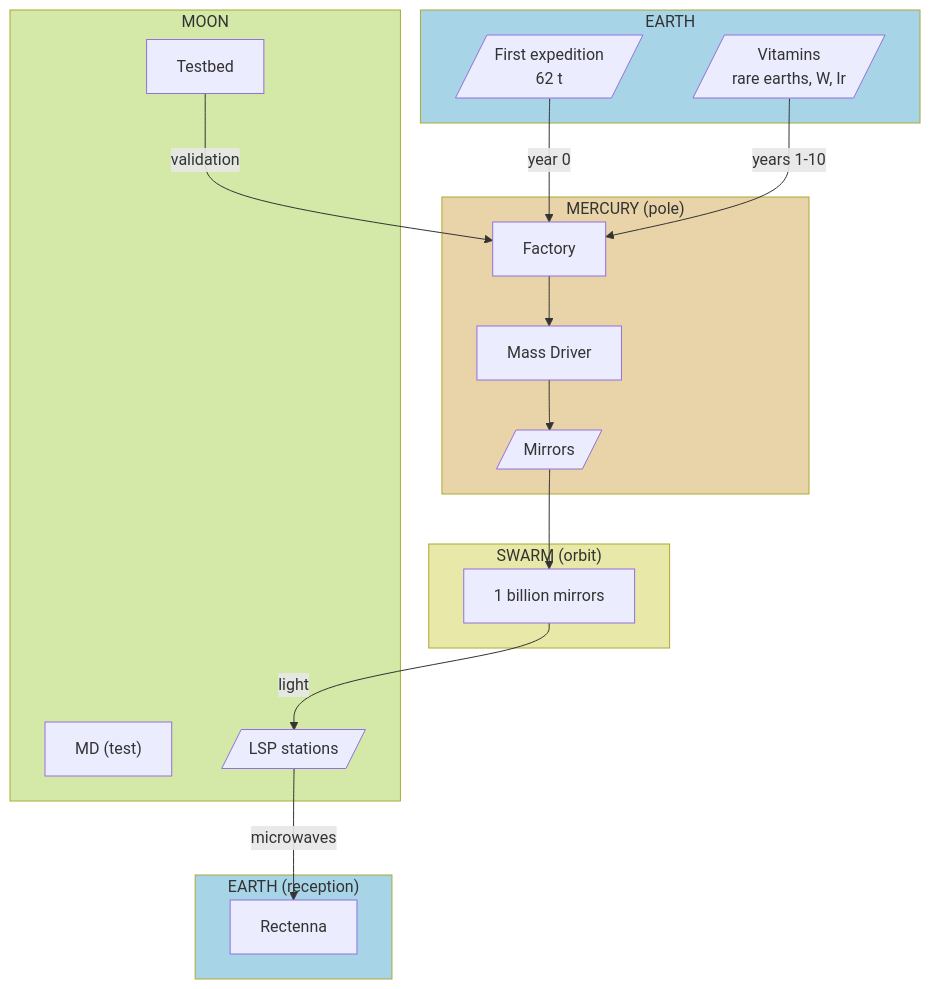
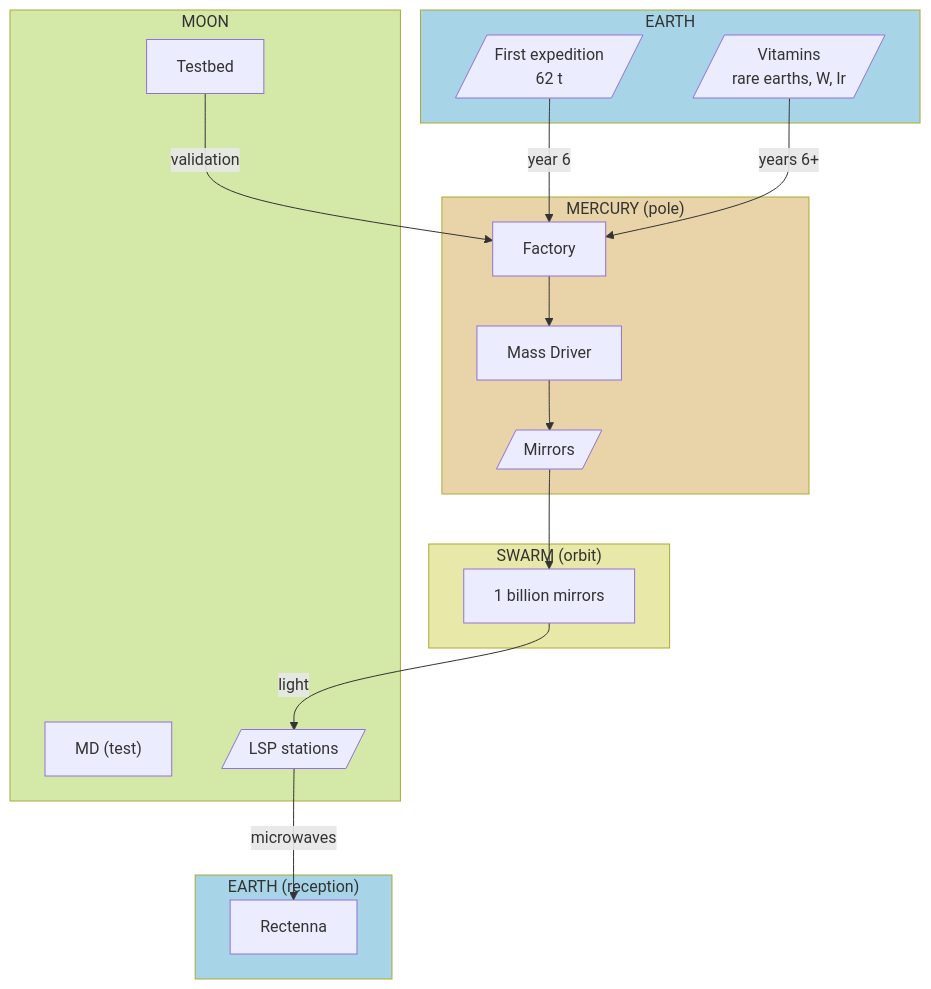
The sixth of 6 diagrams in en/science/detailed/production.qmd (DmitryNasikanov/infinite-energy), drawn with Mermaid before and after one commit. The commit also changed other lines of this file and 71 other files, not shown here.

````diff
--- a/en/science/detailed/production.qmd
+++ b/en/science/detailed/production.qmd
@@ -928,43 +921,43 @@
 ```{mermaid}
 flowchart TD
     subgraph EARTH["EARTH"]
         E1[/"First expedition<br/>62 t"/]
         E2[/"Vitamins<br/>rare earths, W, Ir"/]
     end
 
     subgraph MERCURY["MERCURY (pole)"]
         M1["Factory"]
         M2["Mass Driver"]
         M3[/"Mirrors"/]
     end
 
     subgraph SWARM["SWARM (orbit)"]
         R1["1 billion mirrors"]
     end
 
     subgraph MOON["MOON"]
         L1["Testbed"]
         L2["MD (test)"]
         L3[/"LSP stations"/]
     end
 
     subgraph EARTH2["EARTH (reception)"]
         H1["Rectenna"]
     end
 
-    E1 -->|"year 0"| M1
-    E2 -->|"years 1-10"| M1
+    E1 -->|"year 6"| M1
+    E2 -->|"years 6+"| M1
     M1 --> M2
     M2 --> M3
     M3 --> R1
     R1 -->|"light"| L3
     L3 -->|"microwaves"| H1
 
     L1 -->|"validation"| M1
 
     style EARTH fill:#a8d4e8
     style EARTH2 fill:#a8d4e8
     style MERCURY fill:#e8d4a8
     style SWARM fill:#e8e8a8
     style MOON fill:#d4e8a8
 ```
````
